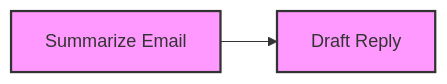
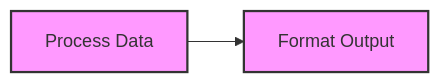
The first of 3 diagrams in README.md (aitoroses/floxide), drawn with Mermaid before and after one commit. The commit also changed other lines of this file and 2 other files, not shown here.

````diff
--- a/README.md
+++ b/README.md
@@ -179,6 +97,6 @@
 ```mermaid
 graph LR
-    A["Summarize Email"] --> B["Draft Reply"]
+    A["Process Data"] --> B["Format Output"]
     style A fill:#f9f,stroke:#333,stroke-width:2px
     style B fill:#f9f,stroke:#333,stroke-width:2px
 ```
````
